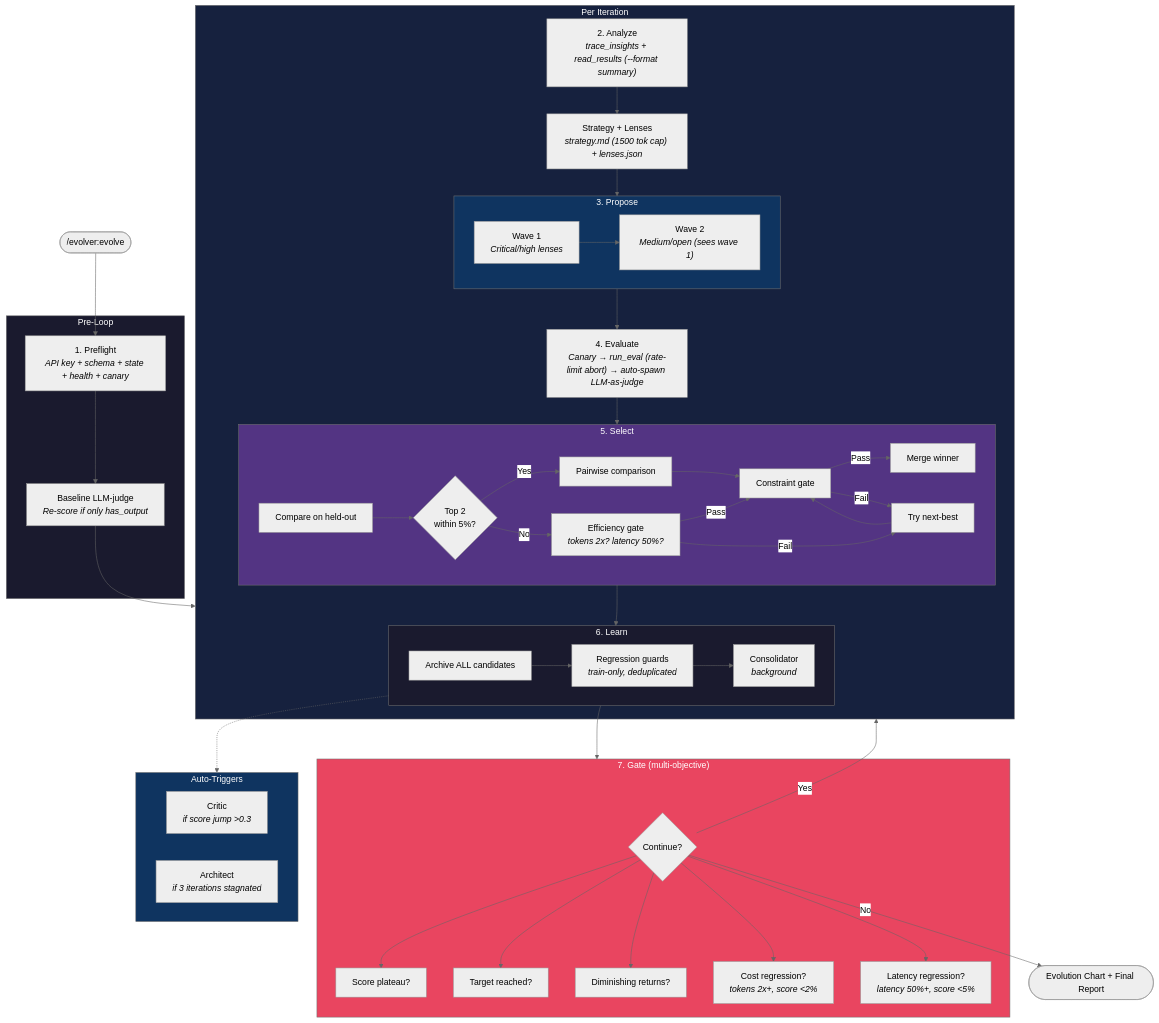
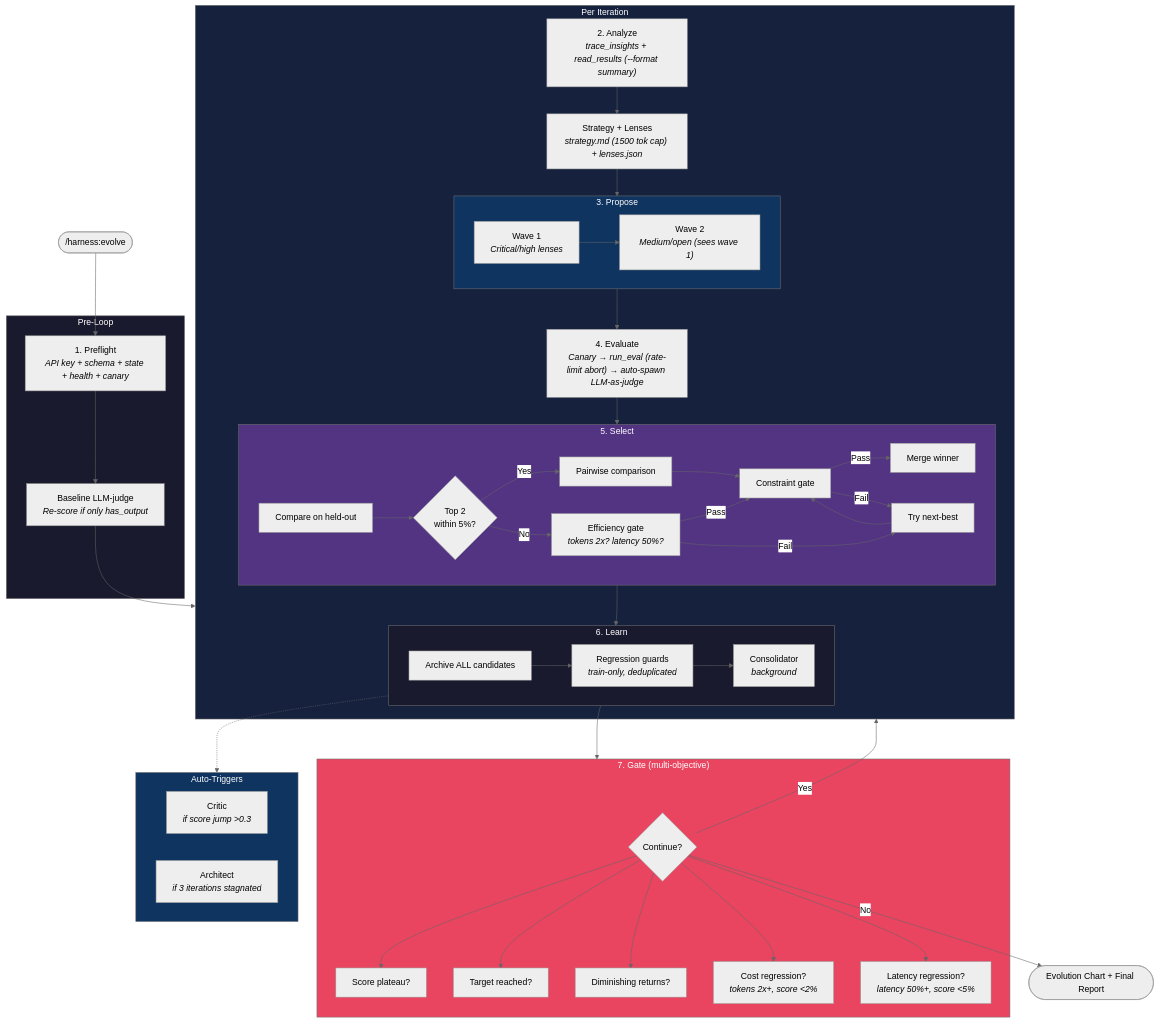
The second of 4 diagrams in docs/ARCHITECTURE.md (raphaelchristi/harness-evolver), drawn with Mermaid (neutral theme) before and after one commit. The commit also changed other lines of this file and 17 other files, not shown here.

First line of the commit message:
feat: rename evolver → harness in all skill and agent names

````diff
--- a/docs/ARCHITECTURE.md
+++ b/docs/ARCHITECTURE.md
@@ -59,82 +59,82 @@
 ```mermaid
 flowchart TD
-    Start(["/evolver:evolve"]) --> Preflight
+    Start(["/harness:evolve"]) --> Preflight
 
     subgraph Pre["Pre-Loop"]
         Preflight["1. Preflight<br/><i>API key + schema + state + health + canary</i>"]
         Baseline["Baseline LLM-judge<br/><i>Re-score if only has_output</i>"]
         Preflight --> Baseline
     end
 
     Baseline --> Loop
 
     subgraph Loop["Per Iteration"]
         Analyze["2. Analyze<br/><i>trace_insights + read_results (--format summary)</i>"]
         Strategy["Strategy + Lenses<br/><i>strategy.md (1500 tok cap) + lenses.json</i>"]
         
         subgraph Propose["3. Propose"]
             Wave1["Wave 1<br/><i>Critical/high lenses</i>"]
             Wave2["Wave 2<br/><i>Medium/open (sees wave 1)</i>"]
             Wave1 --> Wave2
         end
         
         Eval["4. Evaluate<br/><i>Canary → run_eval (rate-limit abort) → auto-spawn LLM-as-judge</i>"]
         
         subgraph Select["5. Select"]
             Compare["Compare on held-out"]
             Pairwise{"Top 2<br/>within 5%?"}
             PW["Pairwise comparison"]
             Constraint["Constraint gate"]
             Merge["Merge winner"]
             Compare --> Pairwise
             Pairwise -->|Yes| PW --> Constraint
             Pairwise -->|No| Efficiency
             Efficiency["Efficiency gate<br/><i>tokens 2x? latency 50%?</i>"]
             Efficiency -->|Pass| Constraint
             Efficiency -->|Fail| NextBest
             Constraint -->|Pass| Merge
             Constraint -->|Fail| NextBest["Try next-best"]
             NextBest --> Constraint
         end
         
         subgraph PostIter["6. Learn"]
             Archive["Archive ALL candidates"]
             Regression["Regression guards<br/><i>train-only, deduplicated</i>"]
             Memory["Consolidator<br/><i>background</i>"]
             Archive --> Regression --> Memory
         end
 
         Analyze --> Strategy --> Propose --> Eval --> Select --> PostIter
     end
 
     subgraph Gate["7. Gate (multi-objective)"]
         Check{"Continue?"}
         Plateau["Score plateau?"]
         Target["Target reached?"]
         Diminish["Diminishing returns?"]
         Cost["Cost regression?<br/><i>tokens 2x+, score &lt;2%</i>"]
         Latency["Latency regression?<br/><i>latency 50%+, score &lt;5%</i>"]
         Check --> Plateau & Target & Diminish & Cost & Latency
     end
 
     PostIter --> Gate
     Check -->|Yes| Loop
     Check -->|No| Report
 
     subgraph Auto["Auto-Triggers"]
         CriticTrigger["Critic<br/><i>if score jump >0.3</i>"]
         ArchTrigger["Architect<br/><i>if 3 iterations stagnated</i>"]
     end
 
     PostIter -.-> Auto
 
     Report(["Evolution Chart + Final Report"])
     
     style Pre fill:#1a1a2e,color:#fff
     style Loop fill:#16213e,color:#fff
     style Propose fill:#0f3460,color:#fff
     style Select fill:#533483,color:#fff
     style PostIter fill:#1a1a2e,color:#fff
     style Gate fill:#e94560,color:#fff
     style Auto fill:#0f3460,color:#fff
 ```
````
